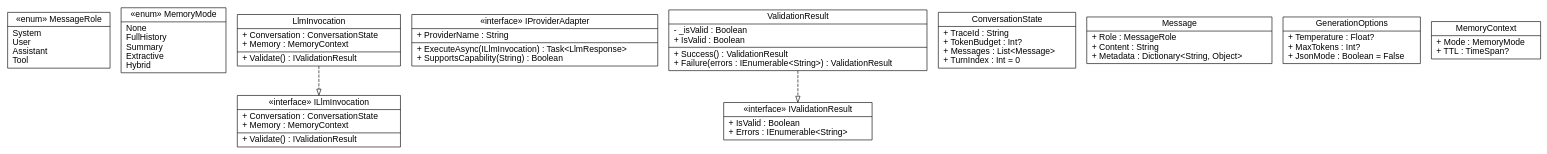
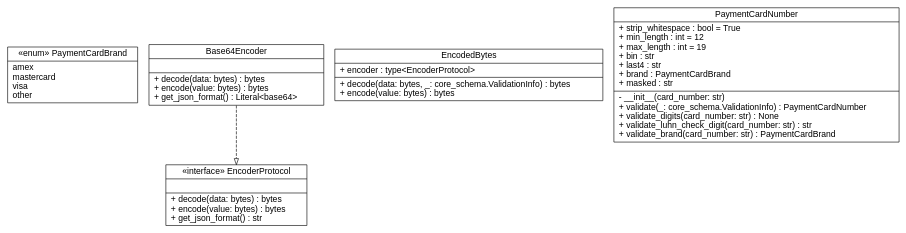
Before and after one commit to Nicchi10/Veltro: the diagram in bench/formats/slice.dot, drawn with Graphviz. The commit also changed 14 other files, not shown here.

Commit message:
refactor - rappresentative repo switch from Loom to pydantic

```diff
--- a/bench/formats/slice.dot
+++ b/bench/formats/slice.dot
@@ -1,19 +1,12 @@
-digraph Loom {
+digraph pydantic {
   node [shape=record, fontname="Helvetica"]
 
-  MessageRole [label="{&laquo;enum&raquo; MessageRole|System\lUser\lAssistant\lTool\l}"]
-  MemoryMode [label="{&laquo;enum&raquo; MemoryMode|None\lFullHistory\lSummary\lExtractive\lHybrid\l}"]
-  ILlmInvocation [label="{&laquo;interface&raquo; ILlmInvocation|+ Conversation : ConversationState\l+ Memory : MemoryContext\l|+ Validate() : IValidationResult\l}"]
-  IProviderAdapter [label="{&laquo;interface&raquo; IProviderAdapter|+ ProviderName : String\l|+ ExecuteAsync(ILlmInvocation) : Task\<LlmResponse\>\l+ SupportsCapability(String) : Boolean\l}"]
-  IValidationResult [label="{&laquo;interface&raquo; IValidationResult|+ IsValid : Boolean\l+ Errors : IEnumerable\<String\>\l}"]
-  LlmInvocation [label="{LlmInvocation|+ Conversation : ConversationState\l+ Memory : MemoryContext\l|+ Validate() : IValidationResult\l}"]
-  ConversationState [label="{ConversationState|+ TraceId : String\l+ TokenBudget : Int?\l+ Messages : List\<Message\>\l+ TurnIndex : Int = 0\l}"]
-  Message [label="{Message|+ Role : MessageRole\l+ Content : String\l+ Metadata : Dictionary\<String, Object\>\l}"]
-  GenerationOptions [label="{GenerationOptions|+ Temperature : Float?\l+ MaxTokens : Int?\l+ JsonMode : Boolean = False\l}"]
-  MemoryContext [label="{MemoryContext|+ Mode : MemoryMode\l+ TTL : TimeSpan?\l}"]
-  ValidationResult [label="{ValidationResult|- _isValid : Boolean\l+ IsValid : Boolean\l|+ Success() : ValidationResult\l+ Failure(errors : IEnumerable\<String\>) : ValidationResult\l}"]
+  PaymentCardBrand [label="{&laquo;enum&raquo; PaymentCardBrand|amex\lmastercard\lvisa\lother\l}"]
+  EncoderProtocol [label="{&laquo;interface&raquo; EncoderProtocol||+ decode(data: bytes) : bytes\l+ encode(value: bytes) : bytes\l+ get_json_format() : str\l}"]
+  Base64Encoder [label="{Base64Encoder||+ decode(data: bytes) : bytes\l+ encode(value: bytes) : bytes\l+ get_json_format() : Literal\<base64\>\l}"]
+  EncodedBytes [label="{EncodedBytes|+ encoder : type\<EncoderProtocol\>\l|+ decode(data: bytes, _: core_schema.ValidationInfo) : bytes\l+ encode(value: bytes) : bytes\l}"]
+  PaymentCardNumber [label="{PaymentCardNumber|+ strip_whitespace : bool = True\l+ min_length : int = 12\l+ max_length : int = 19\l+ bin : str\l+ last4 : str\l+ brand : PaymentCardBrand\l+ masked : str\l|- __init__(card_number: str)\l+ validate(_: core_schema.ValidationInfo) : PaymentCardNumber\l+ validate_digits(card_number: str) : None\l+ validate_luhn_check_digit(card_number: str) : str\l+ validate_brand(card_number: str) : PaymentCardBrand\l}"]
 
   edge [arrowhead=empty, style=dashed]
-  LlmInvocation -> ILlmInvocation
-  ValidationResult -> IValidationResult
+  Base64Encoder -> EncoderProtocol
 }
```
